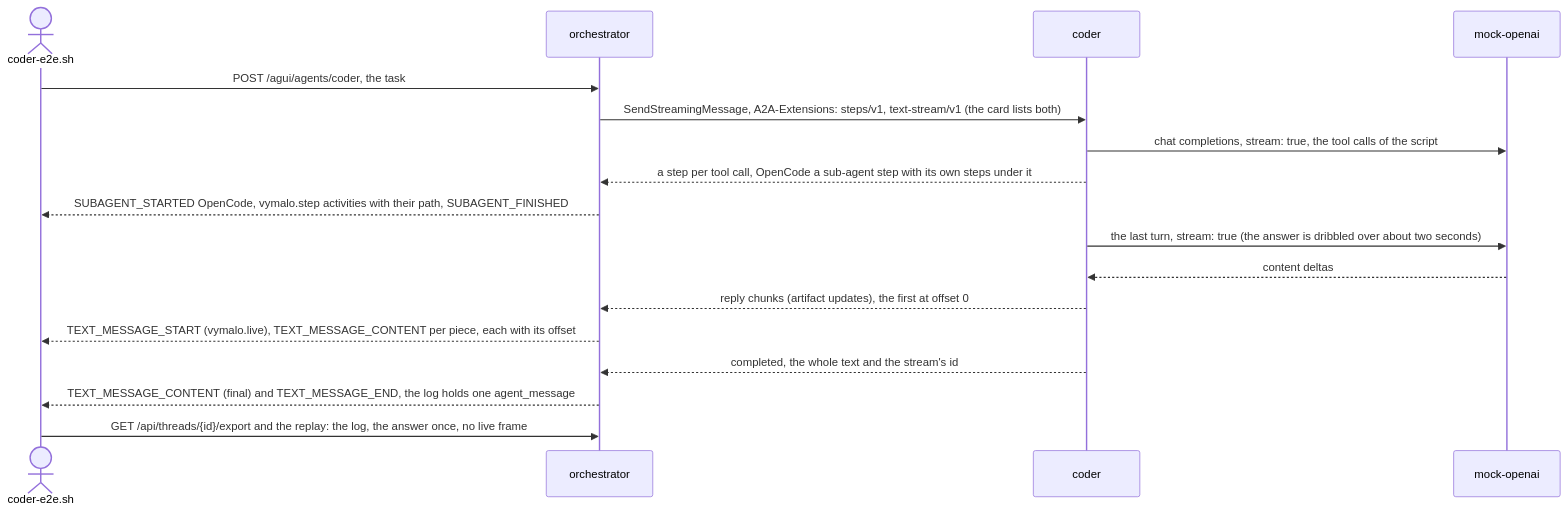
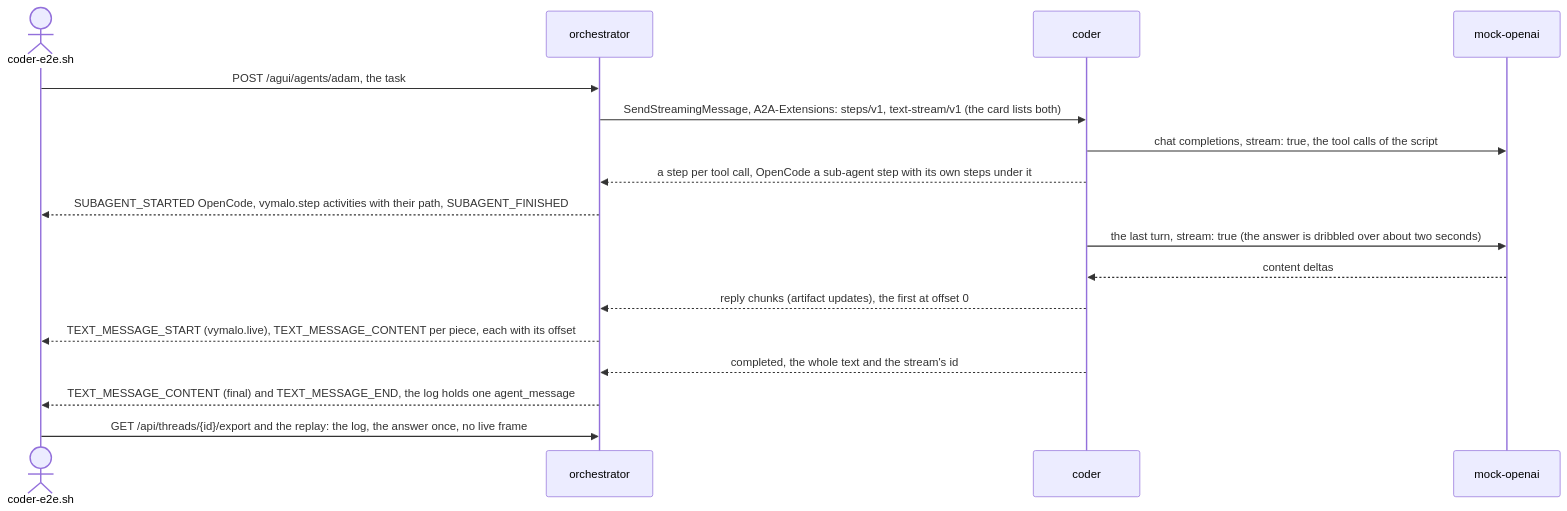
One commit to vymalo/another-agentic-system changed diagram 19 of 37 in dev/README.md. Above: the diagram before and after it, drawn with Mermaid. The commit also changed other lines of this file and 126 other files, not shown here.

First line of the commit message:
feat: the coder is shown as Adam, agents have aliases, and the chat has sub-agents (#194)

````diff
--- a/dev/README.md
+++ b/dev/README.md
@@ -1408,19 +1411,19 @@
 ```mermaid
 sequenceDiagram
   actor U as coder-e2e.sh
   participant O as orchestrator
   participant C as coder
   participant M as mock-openai
-  U->>O: POST /agui/agents/coder, the task
+  U->>O: POST /agui/agents/adam, the task
   O->>C: SendStreamingMessage, A2A-Extensions: steps/v1, text-stream/v1 (the card lists both)
   C->>M: chat completions, stream: true, the tool calls of the script
   C-->>O: a step per tool call, OpenCode a sub-agent step with its own steps under it
   O-->>U: SUBAGENT_STARTED OpenCode, vymalo.step activities with their path, SUBAGENT_FINISHED
   C->>M: the last turn, stream: true (the answer is dribbled over about two seconds)
   M-->>C: content deltas
   C-->>O: reply chunks (artifact updates), the first at offset 0
   O-->>U: TEXT_MESSAGE_START (vymalo.live), TEXT_MESSAGE_CONTENT per piece, each with its offset
   C-->>O: completed, the whole text and the stream's id
   O-->>U: TEXT_MESSAGE_CONTENT (final) and TEXT_MESSAGE_END, the log holds one agent_message
   U->>O: GET /api/threads/{id}/export and the replay: the log, the answer once, no live frame
 ```
````
